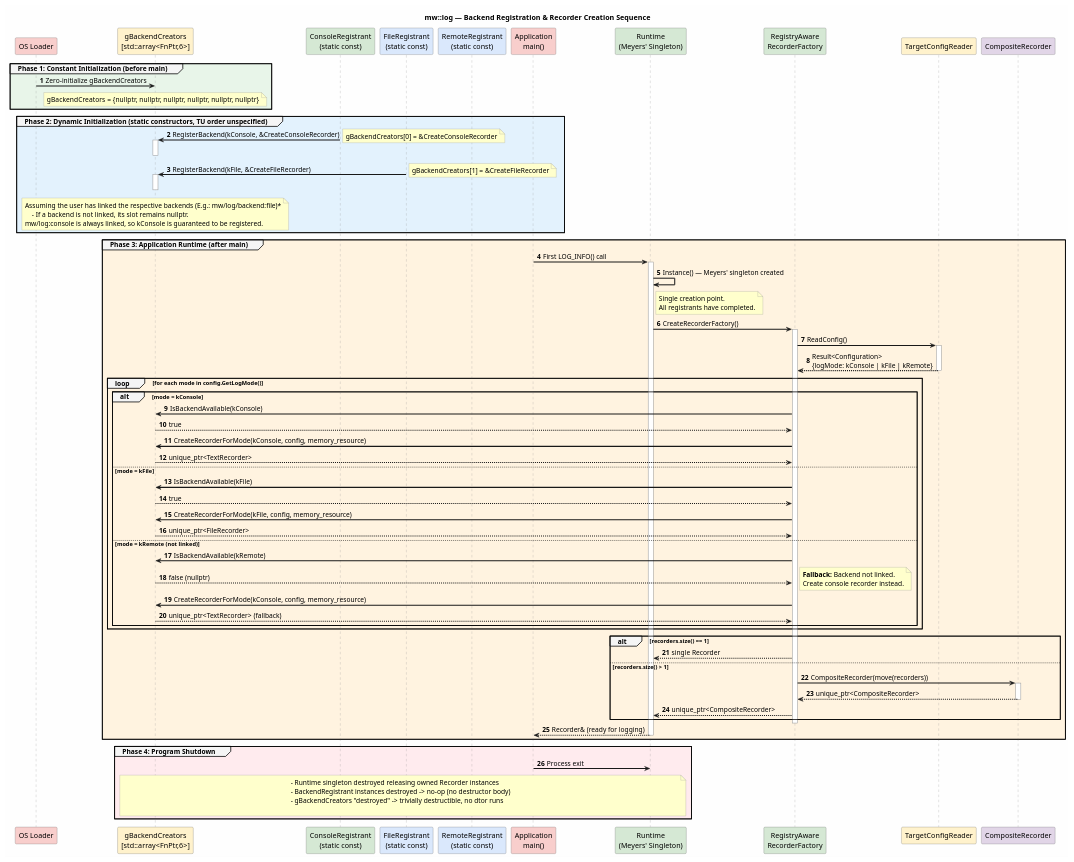
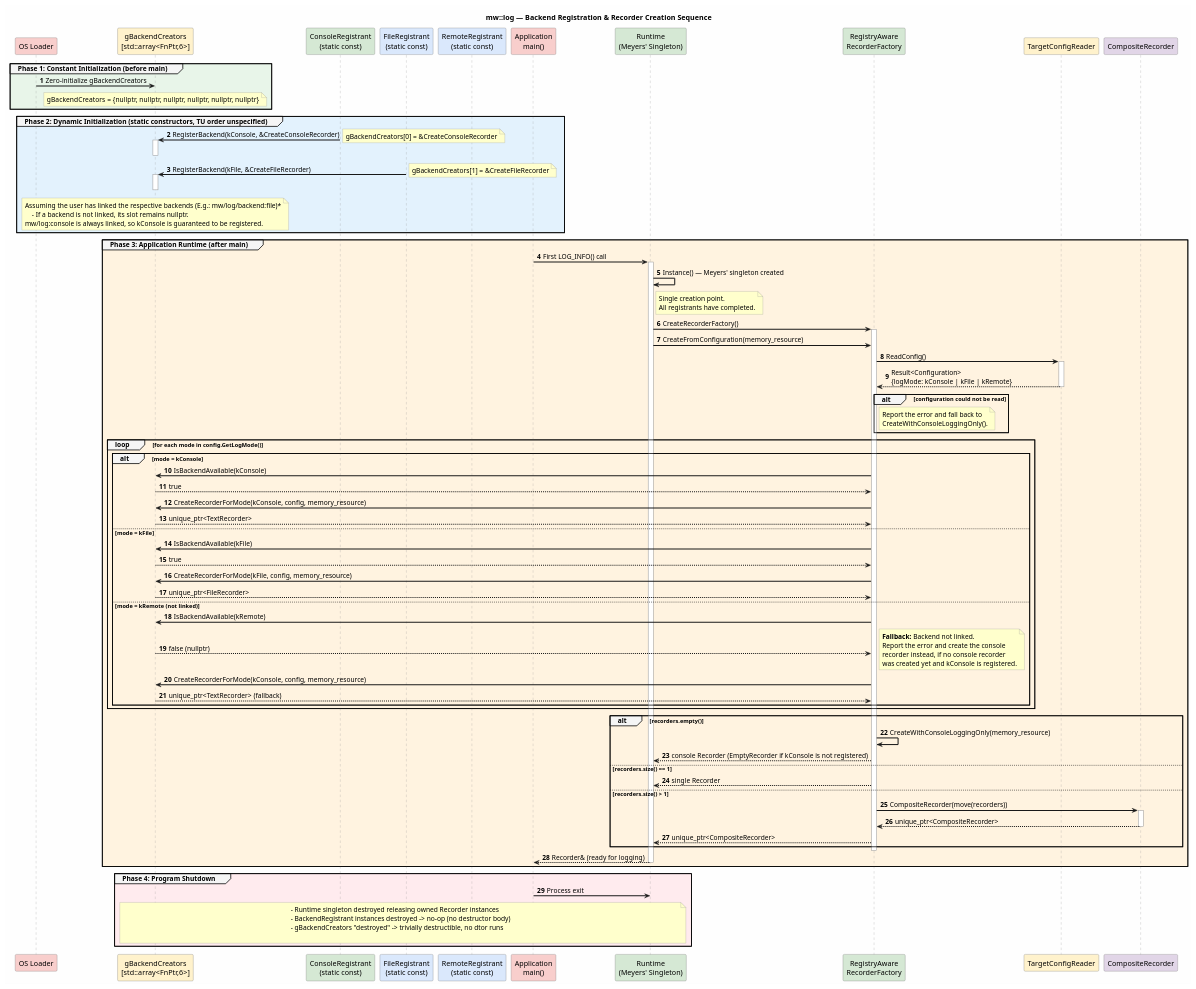
The diagram in score/mw/log/docs/detailed_design/_assets/backend_registration_sequence_diagram.puml (eclipse-score/baselibs), drawn with PlantUML before and after one commit. The commit also changed 2 other files, not shown here.

Commit message:
docs(mw/log): align the recorder creation sequences with the code
- Show the creation of the recorders by RegistryAwareRecorderFactory with
  the console fallback, the empty case and the CompositeRecorder.

```diff
--- a/score/mw/log/docs/detailed_design/_assets/backend_registration_sequence_diagram.puml
+++ b/score/mw/log/docs/detailed_design/_assets/backend_registration_sequence_diagram.puml
@@ -1,123 +1,136 @@
 @startuml sequence_diagram
 ' Sequence Diagram: Backend Registration and Recorder Creation Flow
 
 skinparam backgroundColor #FEFEFE
 skinparam sequenceArrowThickness 2
 skinparam sequenceParticipantBorderColor #666666
 skinparam sequenceLifeLineBorderColor #999999
 skinparam noteBackgroundColor #FFFFCC
 skinparam noteBorderColor #999999
 skinparam sequenceGroupBackgroundColor #F5F5F5
 
 title **mw::log — Backend Registration & Recorder Creation Sequence**
 
 ' === Participants ===
 participant "OS Loader" as loader #F8CECC
 participant "gBackendCreators\n[std::array<FnPtr,6>]" as table #FFF2CC
 participant "ConsoleRegistrant\n(static const)" as console_reg #D5E8D4
 participant "FileRegistrant\n(static const)" as file_reg #DAE8FC
 participant "RemoteRegistrant\n(static const)" as remote_reg #DAE8FC
 participant "Application\nmain()" as app #F8CECC
 participant "Runtime\n(Meyers' Singleton)" as runtime #D5E8D4
 participant "RegistryAware\nRecorderFactory" as factory #D5E8D4
 participant "TargetConfigReader" as config_reader #FFF2CC
 participant "CompositeRecorder" as composite #E1D5E7
 
 ' === Phase 1: Constant Initialization (load time) ===
 autonumber
 group #E8F5E9 Phase 1: Constant Initialization (before main)
     loader -> table : Zero-initialize gBackendCreators
     note over table
         gBackendCreators = {nullptr, nullptr, nullptr, nullptr, nullptr, nullptr}
     end note
 end
 
 ' === Phase 2: Dynamic Initialization (static constructors, before main) ===
 group #E3F2FD Phase 2: Dynamic Initialization (static constructors, TU order unspecified)
     console_reg -> table : RegisterBackend(kConsole, &CreateConsoleRecorder)
     note right : gBackendCreators[0] = &CreateConsoleRecorder
     activate table
     deactivate table
 
     file_reg -> table : RegisterBackend(kFile, &CreateFileRecorder)
     note right : gBackendCreators[1] = &CreateFileRecorder
     activate table
     deactivate table
 
     note over table
         Assuming the user has linked the respective backends (E.g.: mw/log/backend:file)*
             - If a backend is not linked, its slot remains nullptr.
         mw/log:console is always linked, so kConsole is guaranteed to be registered.
     end note
 end
 
 ' === Phase 3: main() starts ===
 group #FFF3E0 Phase 3: Application Runtime (after main)
     app -> runtime : First LOG_INFO() call
     activate runtime
 
     runtime -> runtime : Instance() — Meyers' singleton created
     note right of runtime
         Single creation point.
         All registrants have completed.
     end note
 
     runtime -> factory : CreateRecorderFactory()
     activate factory
+    runtime -> factory : CreateFromConfiguration(memory_resource)
 
     factory -> config_reader : ReadConfig()
     activate config_reader
     config_reader --> factory : Result<Configuration>\n{logMode: kConsole | kFile | kRemote}
     deactivate config_reader
+
+    alt configuration could not be read
+        note right of factory
+            Report the error and fall back to
+            CreateWithConsoleLoggingOnly().
+        end note
+    end
 
     ' --- Iterate over configured log modes ---
     loop for each mode in config.GetLogMode()
         alt mode = kConsole
             factory -> table : IsBackendAvailable(kConsole)
             table --> factory : true
             factory -> table : CreateRecorderForMode(kConsole, config, memory_resource)
             table --> factory : unique_ptr<TextRecorder>
         else mode = kFile
             factory -> table : IsBackendAvailable(kFile)
             table --> factory : true
             factory -> table : CreateRecorderForMode(kFile, config, memory_resource)
             table --> factory : unique_ptr<FileRecorder>
         else mode = kRemote (not linked)
             factory -> table : IsBackendAvailable(kRemote)
             table --> factory : false (nullptr)
             note right
                 **Fallback:** Backend not linked.
-                Create console recorder instead.
+                Report the error and create the console
+                recorder instead, if no console recorder
+                was created yet and kConsole is registered.
             end note
             factory -> table : CreateRecorderForMode(kConsole, config, memory_resource)
             table --> factory : unique_ptr<TextRecorder> (fallback)
         end
     end
 
-    alt recorders.size() == 1
+    alt recorders.empty()
+        factory -> factory : CreateWithConsoleLoggingOnly(memory_resource)
+        factory --> runtime : console Recorder (EmptyRecorder if kConsole is not registered)
+    else recorders.size() == 1
         factory --> runtime : single Recorder
     else recorders.size() > 1
         factory -> composite : CompositeRecorder(move(recorders))
         activate composite
         composite --> factory : unique_ptr<CompositeRecorder>
         deactivate composite
         factory --> runtime : unique_ptr<CompositeRecorder>
     end
     deactivate factory
 
     runtime --> app : Recorder& (ready for logging)
     deactivate runtime
 end
 
 ' === Phase 4: Shutdown ===
 group #FFEBEE Phase 4: Program Shutdown
     app -> runtime : Process exit
     note over runtime, table
         - Runtime singleton destroyed releasing owned Recorder instances
         - BackendRegistrant instances destroyed -> no-op (no destructor body)
         - gBackendCreators "destroyed" -> trivially destructible, no dtor runs
 
     end note
 end
 
 @enduml
```
